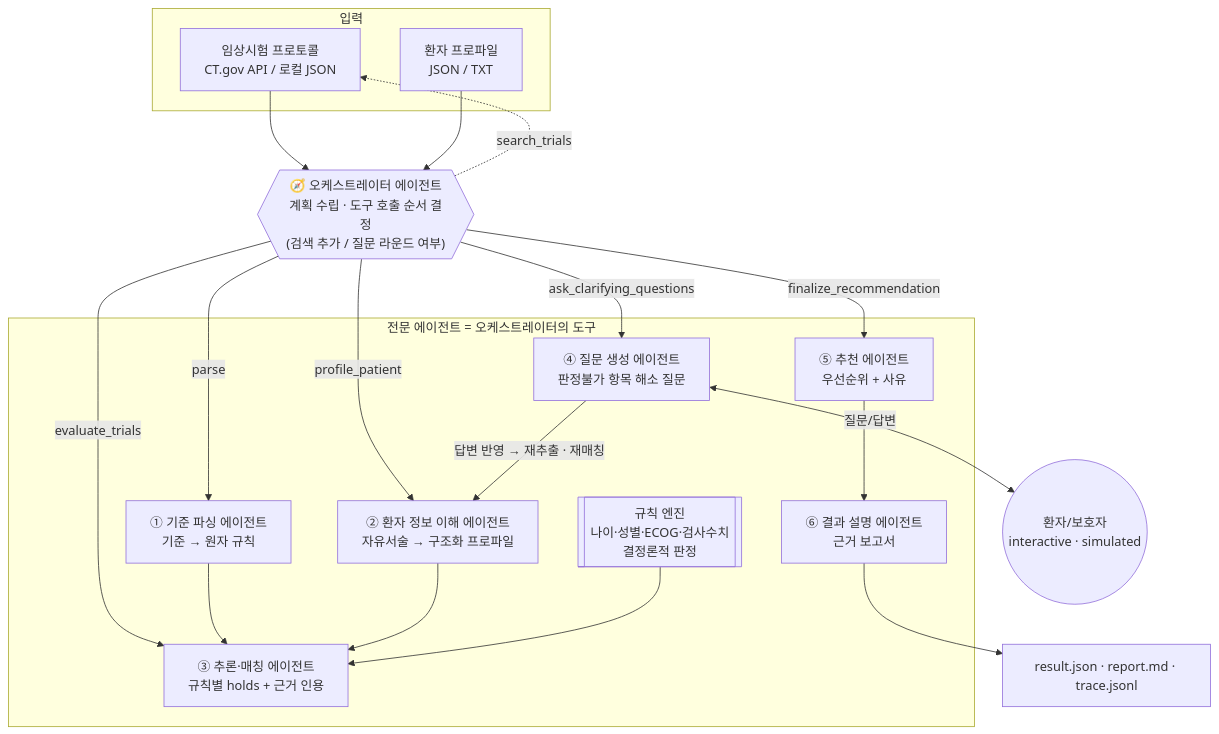
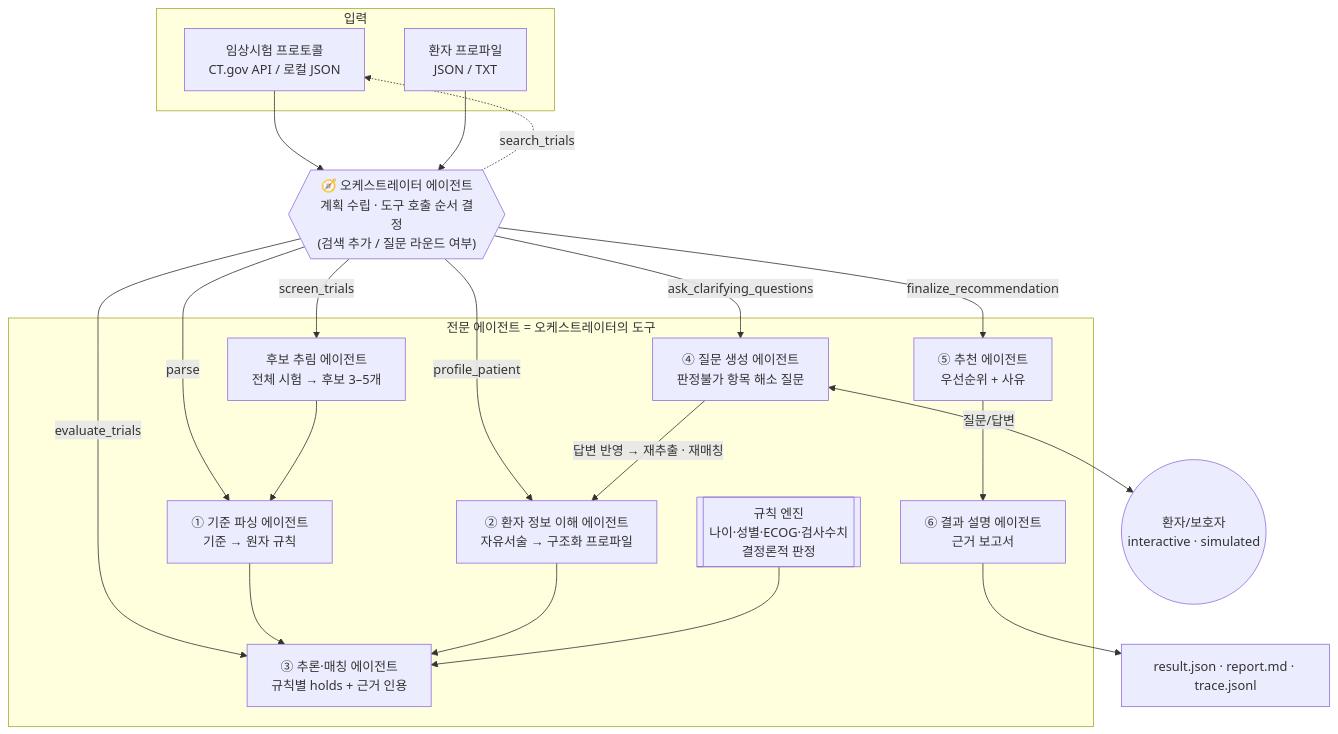
Before and after one commit to rlaehdrua/clinical-recommendation-multi-agent-ai: the first of 2 diagrams in README.md, drawn with Mermaid. The commit also changed other lines of this file and 14 other files, not shown here.

````diff
--- a/README.md
+++ b/README.md
@@ -36,38 +37,41 @@
 ```mermaid
 flowchart TB
     subgraph IN[입력]
         T[임상시험 프로토콜<br/>CT.gov API / 로컬 JSON]
         P[환자 프로파일<br/>JSON / TXT]
     end
 
     O{{"🧭 오케스트레이터 에이전트<br/>계획 수립 · 도구 호출 순서 결정<br/>(검색 추가 / 질문 라운드 여부)"}}
 
     subgraph AG[전문 에이전트 = 오케스트레이터의 도구]
+        A0[후보 추림 에이전트<br/>전체 시험 → 후보 3–5개]
         A1[① 기준 파싱 에이전트<br/>기준 → 원자 규칙]
         A2[② 환자 정보 이해 에이전트<br/>자유서술 → 구조화 프로파일]
         RE[[규칙 엔진<br/>나이·성별·ECOG·검사수치<br/>결정론적 판정]]
         A3[③ 추론·매칭 에이전트<br/>규칙별 holds + 근거 인용]
         A4[④ 질문 생성 에이전트<br/>판정불가 항목 해소 질문]
         A5[⑤ 추천 에이전트<br/>우선순위 + 사유]
         A6[⑥ 결과 설명 에이전트<br/>근거 보고서]
     end
 
     U((환자/보호자<br/>interactive · simulated))
     OUT[result.json · report.md · trace.jsonl]
 
     T --> O
     P --> O
     O -->|parse| A1
     O -->|profile_patient| A2
+    O -->|screen_trials| A0
+    A0 --> A1
     O -->|evaluate_trials| A3
     A1 --> A3
     A2 --> A3
     RE --> A3
     O -->|ask_clarifying_questions| A4
     A4 <-->|질문/답변| U
     A4 -->|답변 반영 → 재추출 · 재매칭| A2
     O -->|finalize_recommendation| A5
     A5 --> A6
     A6 --> OUT
     O -. search_trials .-> T
 ```
````
